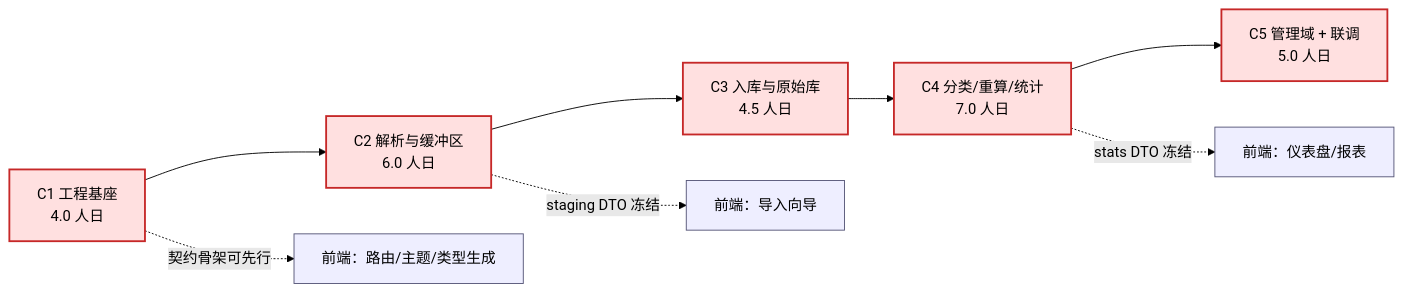
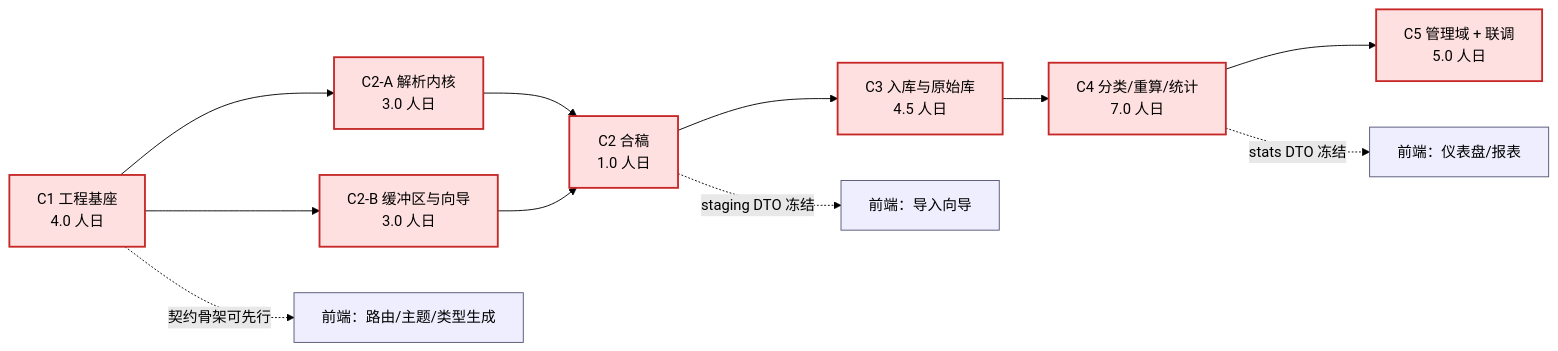
The diagram in docs/devel/00-后端开发周期总览-v1.0.md (blow-prelude/account_dashboard), drawn with Mermaid (forest theme) before and after one commit. The commit also changed other lines of this file and 3 other files, not shown here.

````diff
--- a/docs/devel/00-后端开发周期总览-v1.0.md
+++ b/docs/devel/00-后端开发周期总览-v1.0.md
@@ -42,16 +43,19 @@
 ```mermaid
 graph LR
-    C1["C1 工程基座<br/>4.0 人日"] --> C2["C2 解析与缓冲区<br/>6.0 人日"]
+    C1["C1 工程基座<br/>4.0 人日"] --> C2A["C2-A 解析内核<br/>3.0 人日"]
+    C1 --> C2B["C2-B 缓冲区与向导<br/>3.0 人日"]
+    C2A --> C2["C2 合稿<br/>1.0 人日"]
+    C2B --> C2
     C2 --> C3["C3 入库与原始库<br/>4.5 人日"]
     C3 --> C4["C4 分类/重算/统计<br/>7.0 人日"]
     C4 --> C5["C5 管理域 + 联调<br/>5.0 人日"]
 
     C1 -.->|"契约骨架可先行"| F1["前端：路由/主题/类型生成"]
     C2 -.->|"staging DTO 冻结"| F2["前端：导入向导"]
     C4 -.->|"stats DTO 冻结"| F3["前端：仪表盘/报表"]
 
     classDef cp fill:#ffe0e0,stroke:#c62828,stroke-width:2px;
     classDef ext fill:#eef,stroke:#557;
-    class C1,C2,C3,C4,C5 cp;
+    class C1,C2A,C2B,C2,C3,C4,C5 cp;
     class F1,F2,F3 ext;
 ```
````
